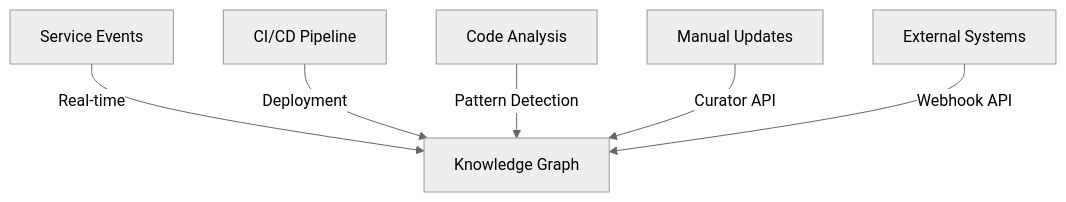
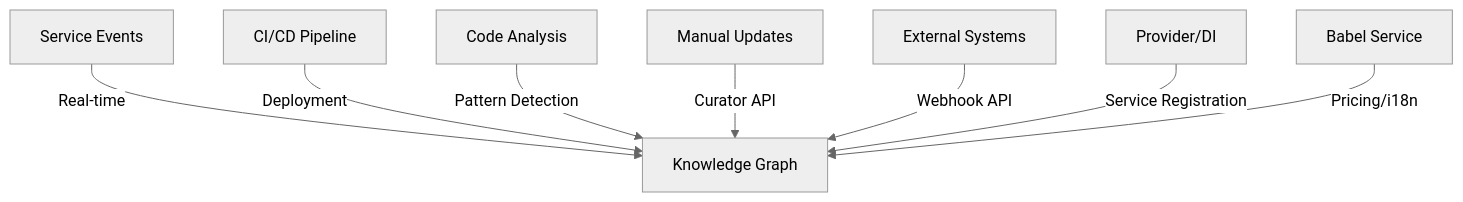
One commit to nmxmxh/master-ovasabi changed the second of 4 diagrams in docs/amadeus/amadeus_context.md. Above: the diagram before and after it, drawn with Mermaid (neutral theme). The commit also changed other lines of this file and 15 other files, not shown here.

````diff
--- a/docs/amadeus/amadeus_context.md
+++ b/docs/amadeus/amadeus_context.md
@@ -206,8 +228,10 @@
    ```mermaid
    graph TD
        A[Service Events] -->|Real-time| B[Knowledge Graph]
        C[CI/CD Pipeline] -->|Deployment| B
        D[Code Analysis] -->|Pattern Detection| B
        E[Manual Updates] -->|Curator API| B
        F[External Systems] -->|Webhook API| B
+       G[Provider/DI] -->|Service Registration| B
+       H[Babel Service] -->|Pricing/i18n| B
    ```
````
